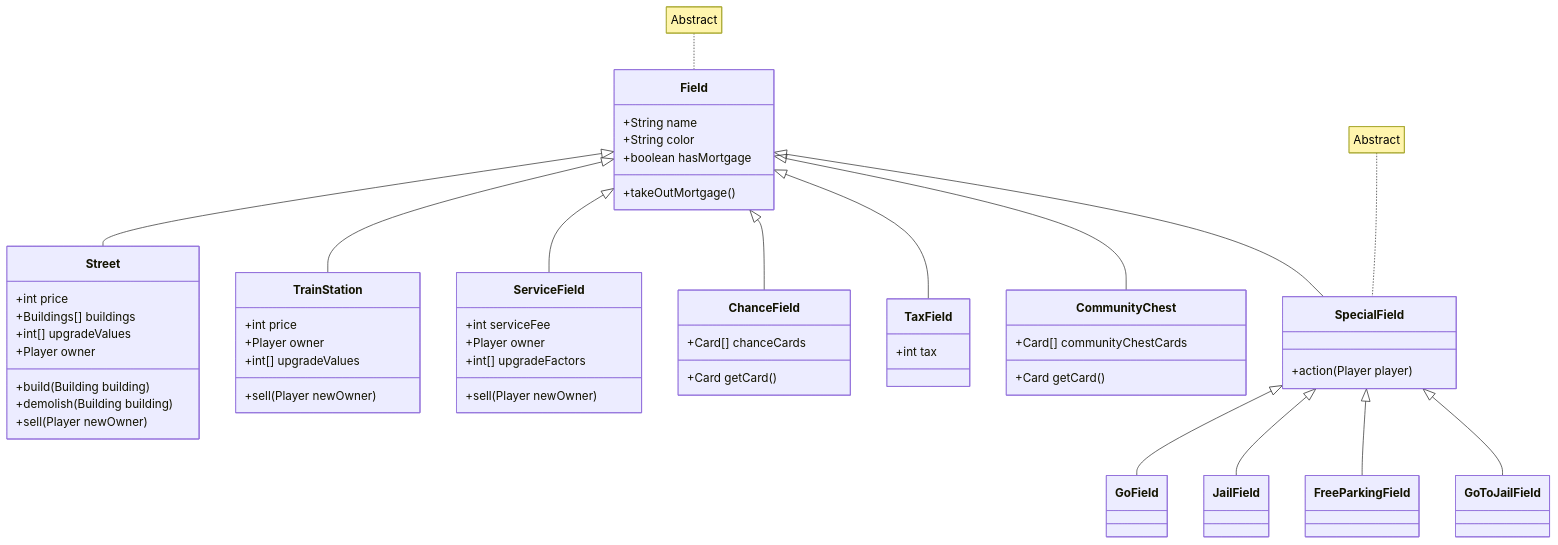
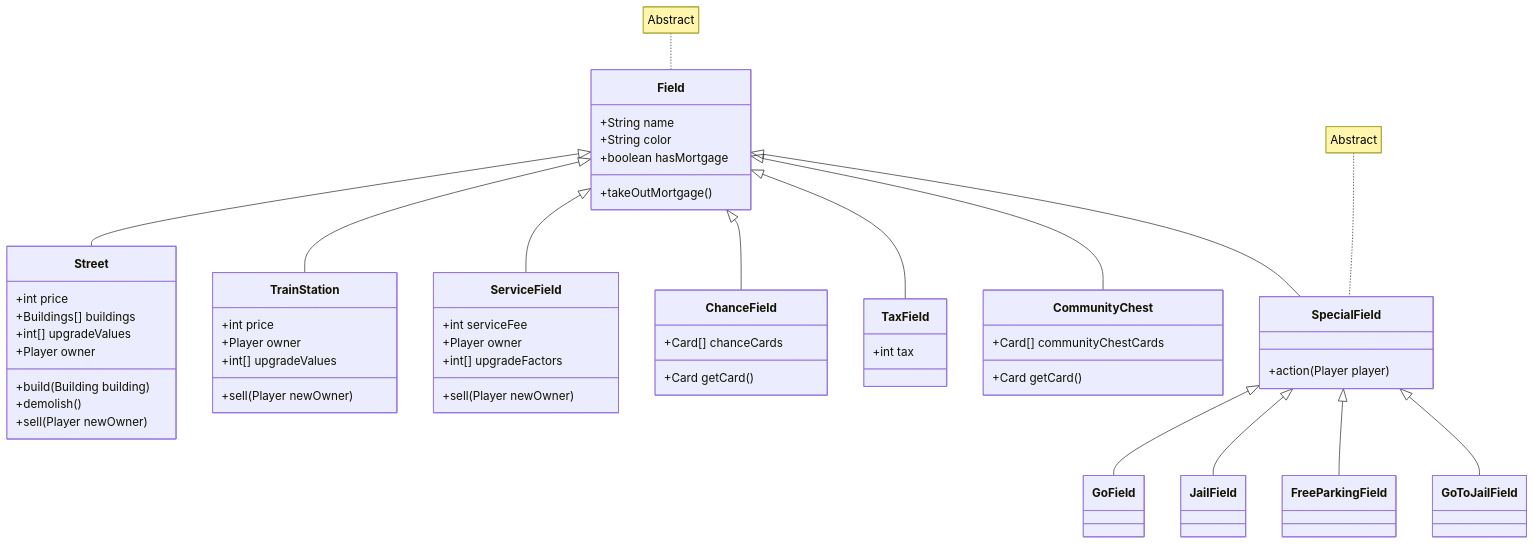
One commit to mhmFrost/Monopoly changed the first of 2 diagrams in classdiagram.md. Above: the diagram before and after it, drawn with Mermaid.

Commit message:
Street.demolish doesn't need a parameter anymore.

````diff
--- a/classdiagram.md
+++ b/classdiagram.md
@@ -1,65 +1,65 @@
 ``` mermaid
 classDiagram
 Field <|-- Street
 Field <|-- TrainStation
 Field <|-- ServiceField
 Field <|-- ChanceField
 Field <|-- TaxField
 Field <|-- CommunityChest
 Field <|-- SpecialField
 SpecialField <|-- GoField
 SpecialField <|-- JailField
 SpecialField <|-- FreeParkingField
 SpecialField <|-- GoToJailField
 note for Field "Abstract"
 note for SpecialField "Abstract"
 
 class Field{
 +String name 
 +String color
 +boolean hasMortgage
 +takeOutMortgage()
 }
 
 class Street{
 +int price
 +Buildings[] buildings
 +int[] upgradeValues
 +Player owner
 +build(Building building)
-+demolish(Building building)
++demolish()
 +sell(Player newOwner)
 }
 
 class TrainStation{
 +int price
 +Player owner
 +int[] upgradeValues
 +sell(Player newOwner)
 }
 
 class ServiceField{
 +int serviceFee
 +Player owner
 +int[] upgradeFactors
 +sell(Player newOwner)
 }
 
 class ChanceField{
 +Card[] chanceCards
 +Card getCard()
 }
 
 class TaxField{
 +int tax
 }
 
 class CommunityChest{
 +Card[] communityChestCards
 +Card getCard()
 }
 
 class SpecialField{
 +action(Player player)
 }
 ```
````
